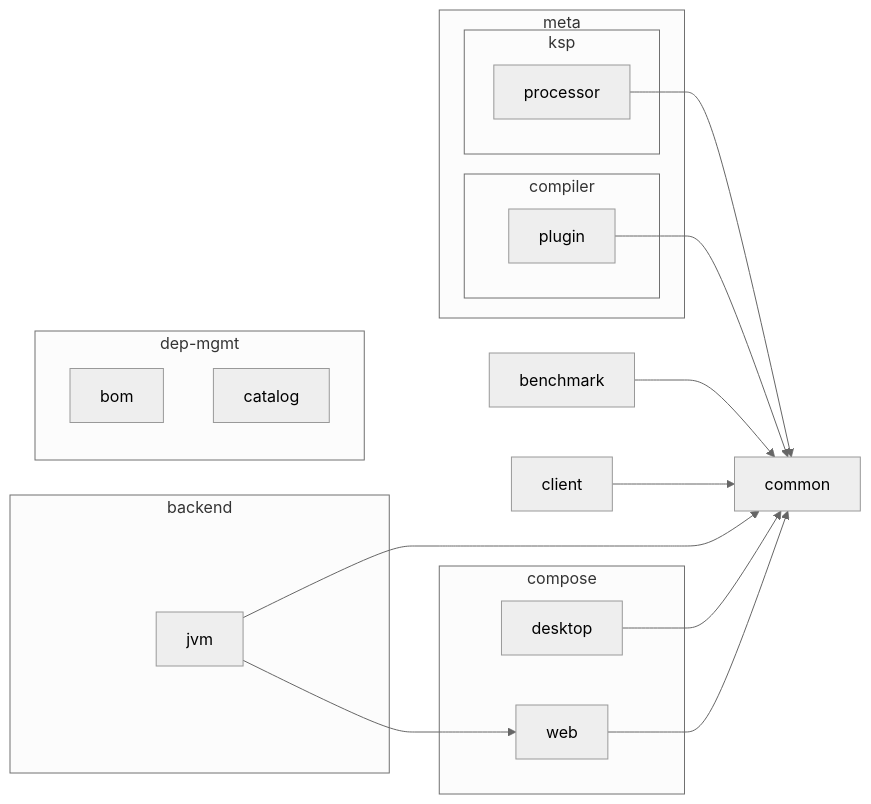
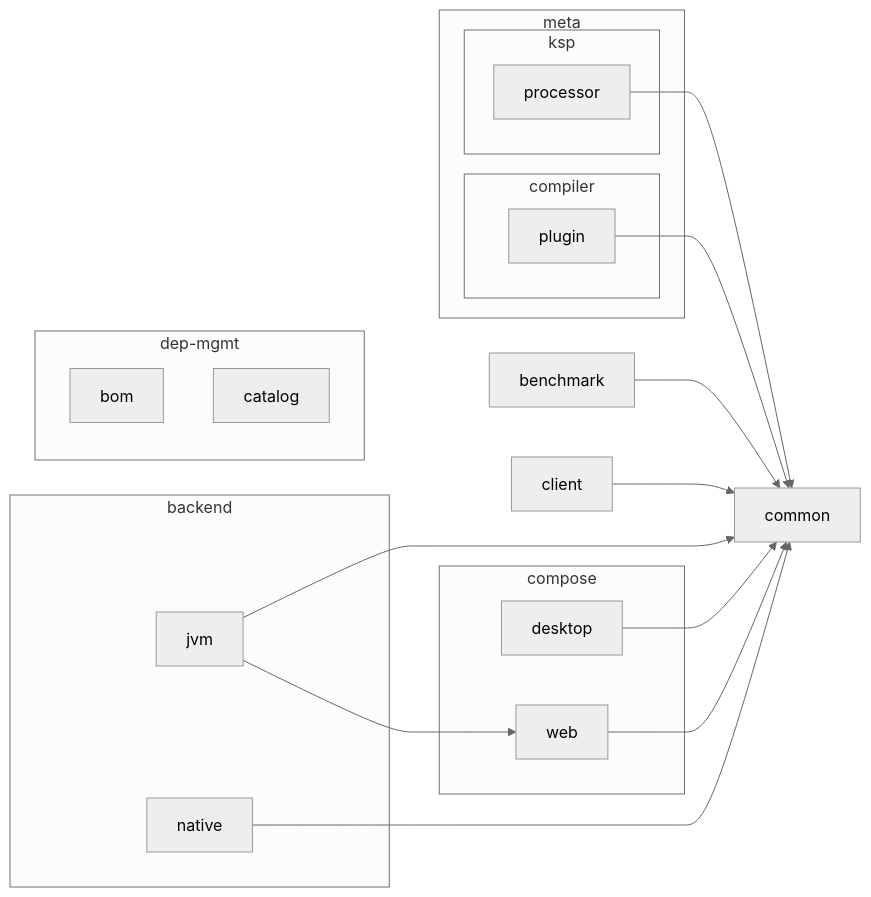
The diagram in README.md (sureshg/kotlin-mpp-playground), drawn with Mermaid before and after one commit. The commit also changed other lines of this file and 1 other file, not shown here.

````diff
--- a/README.md
+++ b/README.md
@@ -133,39 +134,41 @@
 ```mermaid
 %%{
   init: {
     'theme': 'neutral'
   }
 }%%
 graph LR
     subgraph backend
         jvm
+        native
     end
     subgraph compose
         desktop
         web
     end
     subgraph dep-mgmt
         bom
         catalog
     end
     subgraph meta
         compiler
         ksp
     end
     subgraph compiler
         compiler
         plugin
     end
     subgraph ksp
         ksp
         processor
     end
     plugin --> common
     benchmark --> common
     web --> common
     desktop --> common
     client --> common
+    native --> common
     processor --> common
     jvm --> common
     jvm --> web
 ```
````
